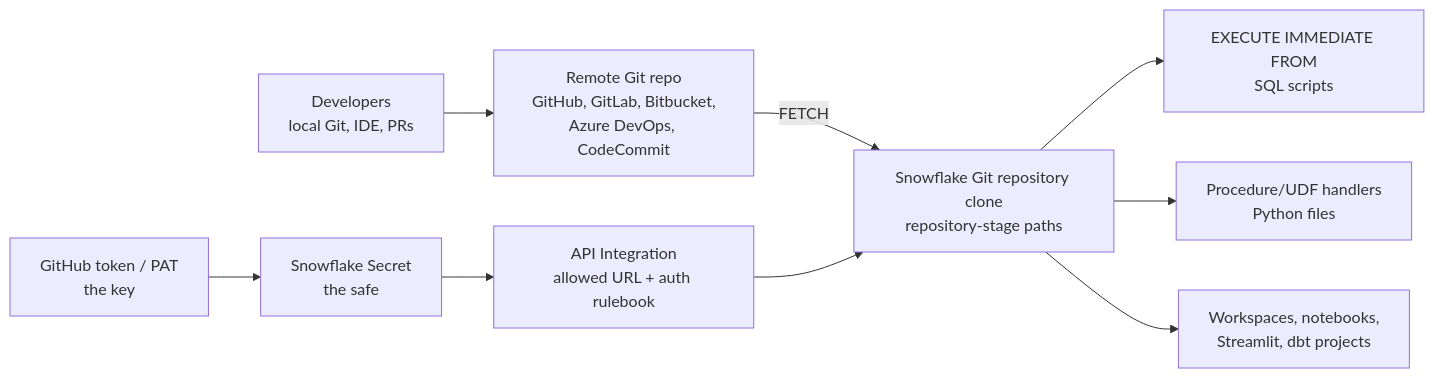
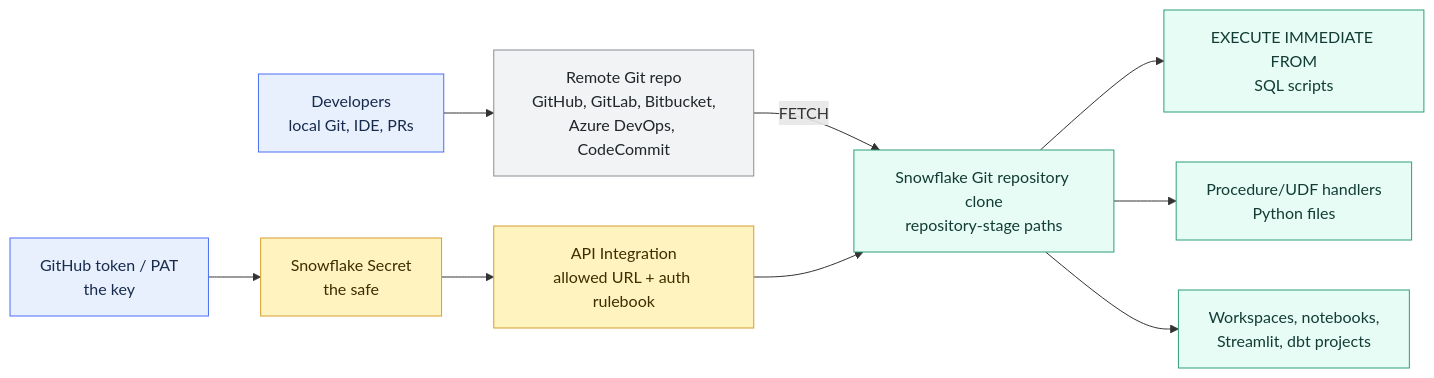
The diagram in 01 Snowflake/07 Ecosystem and Integration/49 Git Integration.md (shonningsoy/Upskill), drawn with Mermaid before and after one commit. The commit also changed other lines of this file and 4 other files, not shown here.

````diff
--- a/01 Snowflake/07 Ecosystem and Integration/49 Git Integration.md
+++ b/01 Snowflake/07 Ecosystem and Integration/49 Git Integration.md
@@ -81,11 +84,21 @@
 ```mermaid
 flowchart LR
     DEV["Developers<br/>local Git, IDE, PRs"] --> REMOTE["Remote Git repo<br/>GitHub, GitLab, Bitbucket,<br/>Azure DevOps, CodeCommit"]
     REMOTE -->|"FETCH"| CLONE["Snowflake Git repository clone<br/>repository-stage paths"]
     TOKEN["GitHub token / PAT<br/>the key"] --> SECRET["Snowflake Secret<br/>the safe"]
     SECRET --> API["API Integration<br/>allowed URL + auth rulebook"]
     API --> CLONE
     CLONE --> SQL["EXECUTE IMMEDIATE FROM<br/>SQL scripts"]
     CLONE --> CODE["Procedure/UDF handlers<br/>Python files"]
     CLONE --> APPS["Workspaces, notebooks,<br/>Streamlit, dbt projects"]
+
+    classDef input fill:#E8F0FE,stroke:#4C6EF5,color:#172B4D
+    classDef control fill:#FFF3BF,stroke:#D69E2E,color:#3D2E00
+    classDef snowflake fill:#E6FCF5,stroke:#2F9E7B,color:#123C34
+    classDef platform fill:#F1F3F5,stroke:#868E96,color:#212529
+    classDef output fill:#F3E8FF,stroke:#805AD5,color:#2D1B4E
+    class DEV,TOKEN input
+    class SECRET,API control
+    class CLONE,SQL,CODE,APPS snowflake
+    class REMOTE platform
 ```
````
